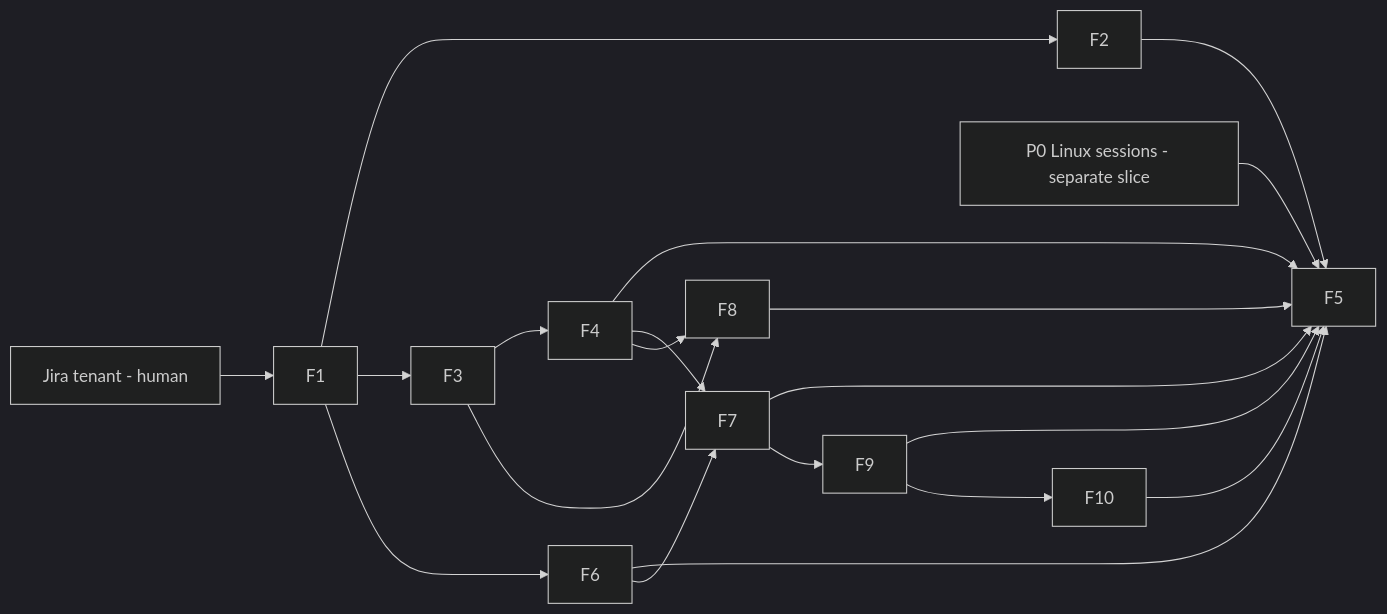
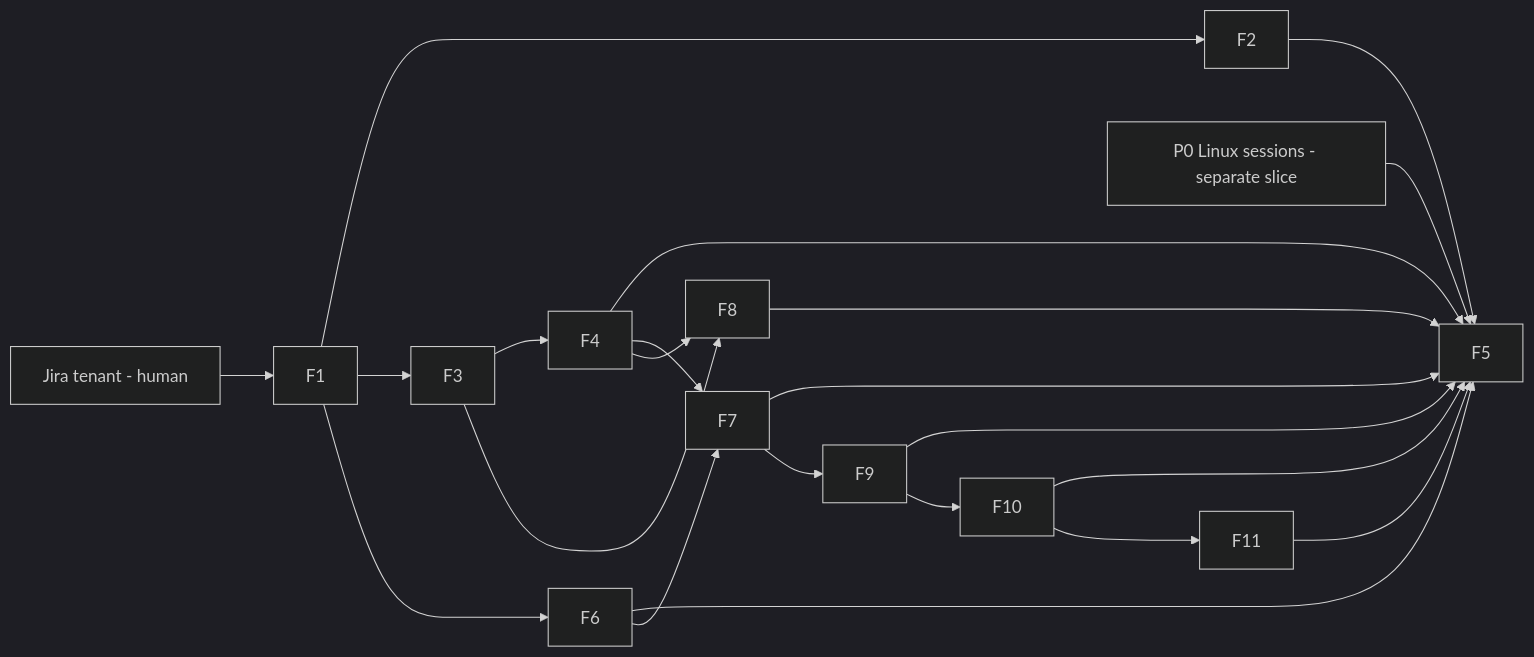
One commit to sensei-hq/sensei changed the diagram in docs/plans/2026-10-15-tracker-jira-linkage.md. Above: the diagram before and after it, drawn with Mermaid (dark theme). The commit also changed other lines of this file and 17 other files, not shown here.

````diff
--- a/docs/plans/2026-10-15-tracker-jira-linkage.md
+++ b/docs/plans/2026-10-15-tracker-jira-linkage.md
@@ -147,21 +159,23 @@
 ```mermaid
 graph LR
   T[Jira tenant - human] --> F1
   F1 --> F2
   F1 --> F3 --> F4
   P0[P0 Linux sessions - separate slice] --> F5
   F2 --> F5
   F4 --> F5
   F1 --> F6
   F6 --> F5
   F4 --> F7
   F6 --> F7
   F7 --> F5
   F3 --> F8
   F4 --> F8
   F8 --> F5
   F7 --> F9
   F9 --> F5
   F9 --> F10
   F10 --> F5
+  F10 --> F11
+  F11 --> F5
 ```
````
